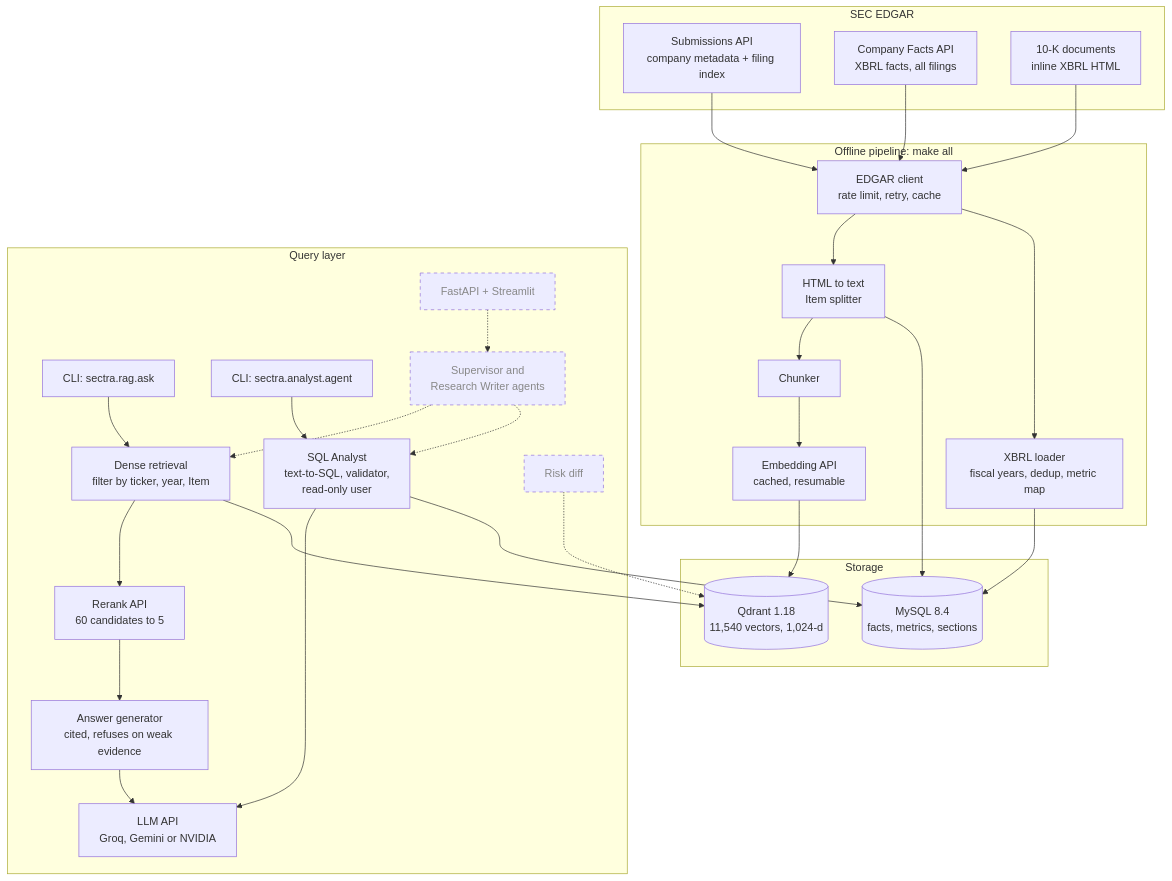
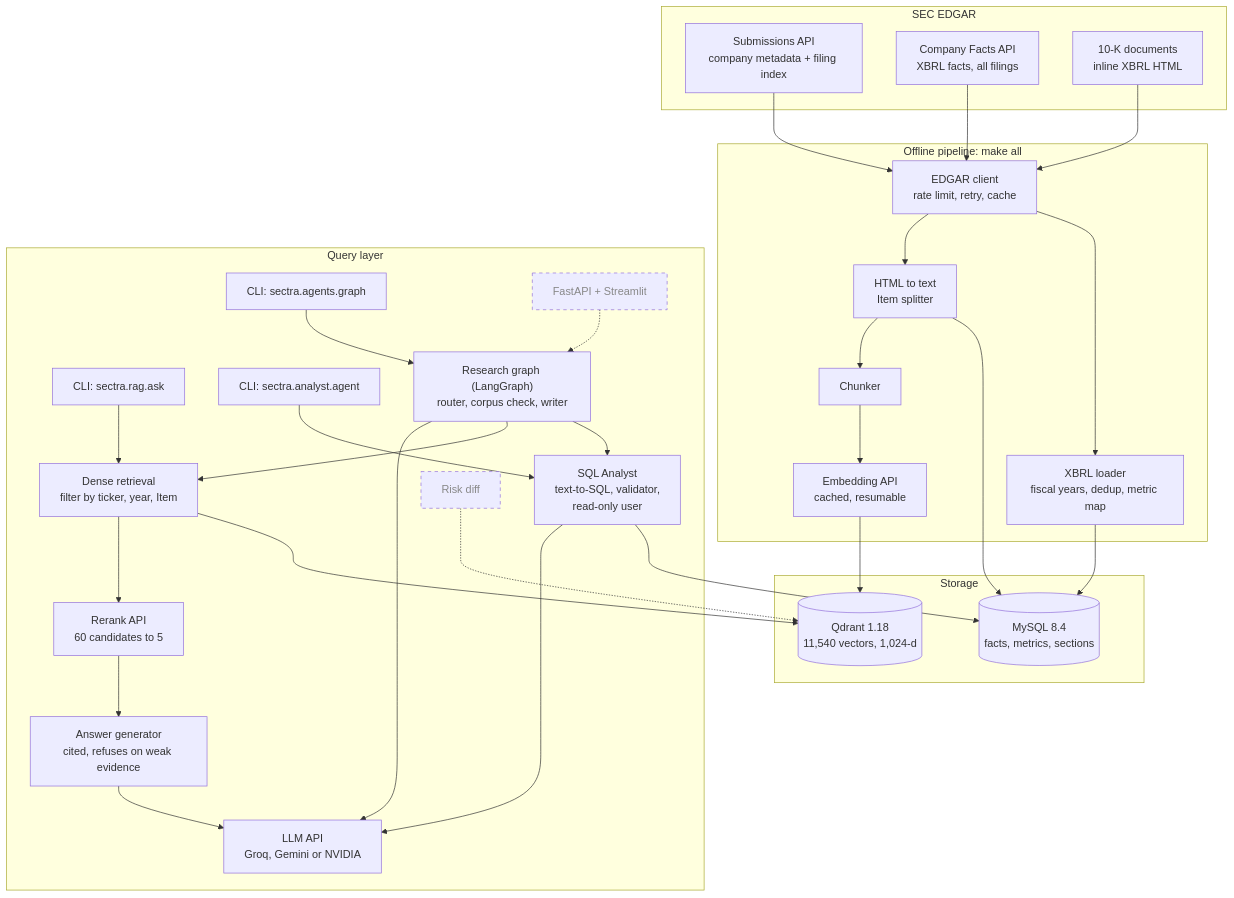
The first of 2 diagrams in README.md (iamnitishsah/S.E.C.T.R.A), drawn with Mermaid before and after one commit. The commit also changed other lines of this file and 19 other files, not shown here.

Commit message:
Phase 6: LangGraph research graph with router, corpus check and cited writer; 94% routing, 15/15 refusals

````diff
--- a/README.md
+++ b/README.md
@@ -143,53 +168,56 @@
 ```mermaid
 flowchart TB
     subgraph SRC["SEC EDGAR"]
         S1["Submissions API<br/>company metadata + filing index"]
         S2["Company Facts API<br/>XBRL facts, all filings"]
         S3["10-K documents<br/>inline XBRL HTML"]
     end
 
     subgraph ING["Offline pipeline: make all"]
         I1["EDGAR client<br/>rate limit, retry, cache"]
         I2["XBRL loader<br/>fiscal years, dedup, metric map"]
         I3["HTML to text<br/>Item splitter"]
         I4["Chunker"]
         I5["Embedding API<br/>cached, resumable"]
     end
 
     subgraph STORE["Storage"]
         D1[("MySQL 8.4<br/>facts, metrics, sections")]
         D2[("Qdrant 1.18<br/>11,540 vectors, 1,024-d")]
     end
 
     subgraph QRY["Query layer"]
         Q1["CLI: sectra.rag.ask"]
         Q2["Dense retrieval<br/>filter by ticker, year, Item"]
         Q4["Rerank API<br/>60 candidates to 5"]
         Q3["Answer generator<br/>cited, refuses on weak evidence"]
         L1["LLM API<br/>Groq, Gemini or NVIDIA"]
         Q5["CLI: sectra.analyst.agent"]
         Q6["SQL Analyst<br/>text-to-SQL, validator,<br/>read-only user"]
-        P1["Supervisor and<br/>Research Writer agents"]
+        Q7["CLI: sectra.agents.graph"]
+        Q8["Research graph (LangGraph)<br/>router, corpus check, writer"]
         P2["Risk diff"]
         P3["FastAPI + Streamlit"]
     end
 
     S1 --> I1
     S2 --> I1
     S3 --> I1
     I1 --> I2 --> D1
     I1 --> I3 --> D1
     I3 --> I4 --> I5 --> D2
     Q1 --> Q2 --> D2
     Q2 --> Q4 --> Q3
     Q3 --> L1
     Q5 --> Q6 --> D1
     Q6 --> L1
-    P3 -.-> P1
-    P1 -.-> Q6
-    P1 -.-> Q2
+    Q7 --> Q8
+    Q8 --> Q6
+    Q8 --> Q2
+    Q8 --> L1
+    P3 -.-> Q8
     P2 -.-> D2
 
     classDef planned stroke-dasharray: 5 5,color:#888
-    class P1,P2,P3 planned
+    class P2,P3 planned
 ```
````
